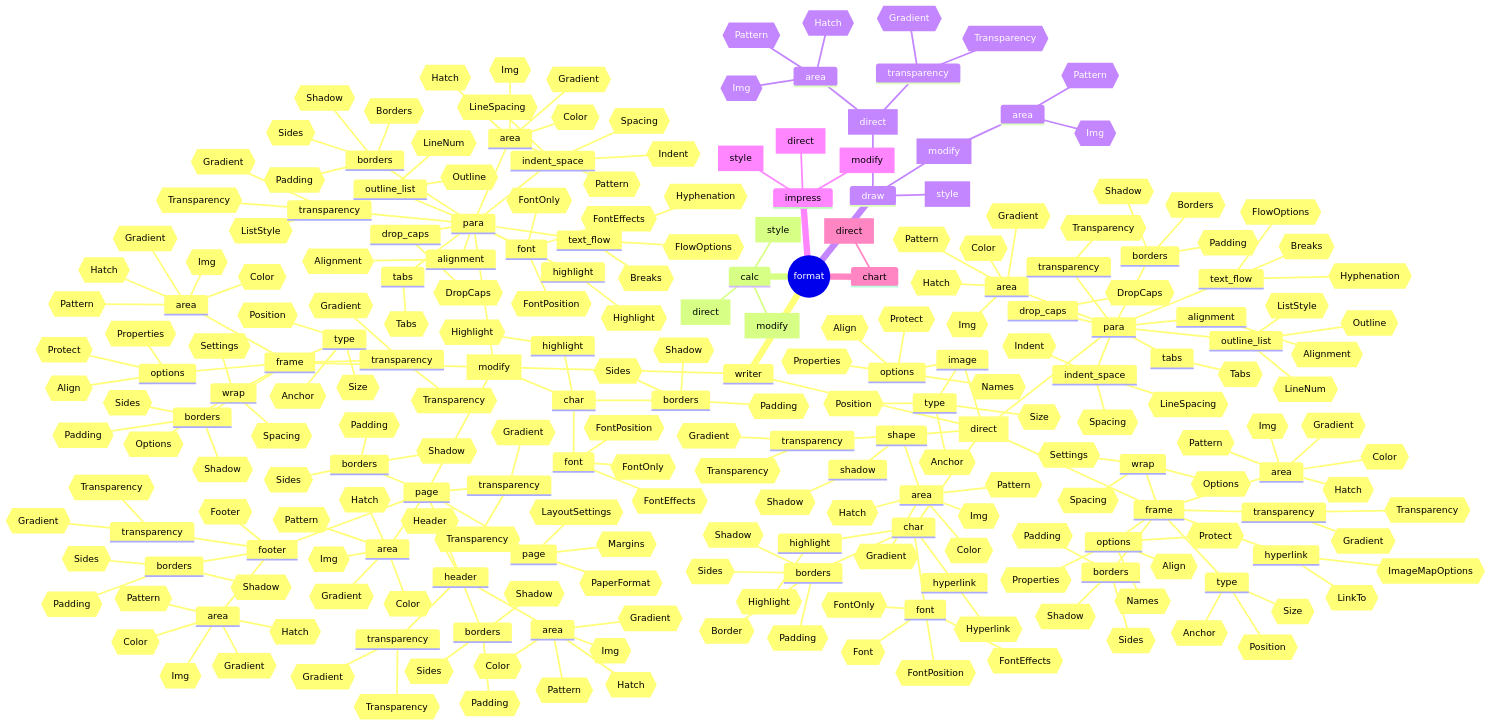
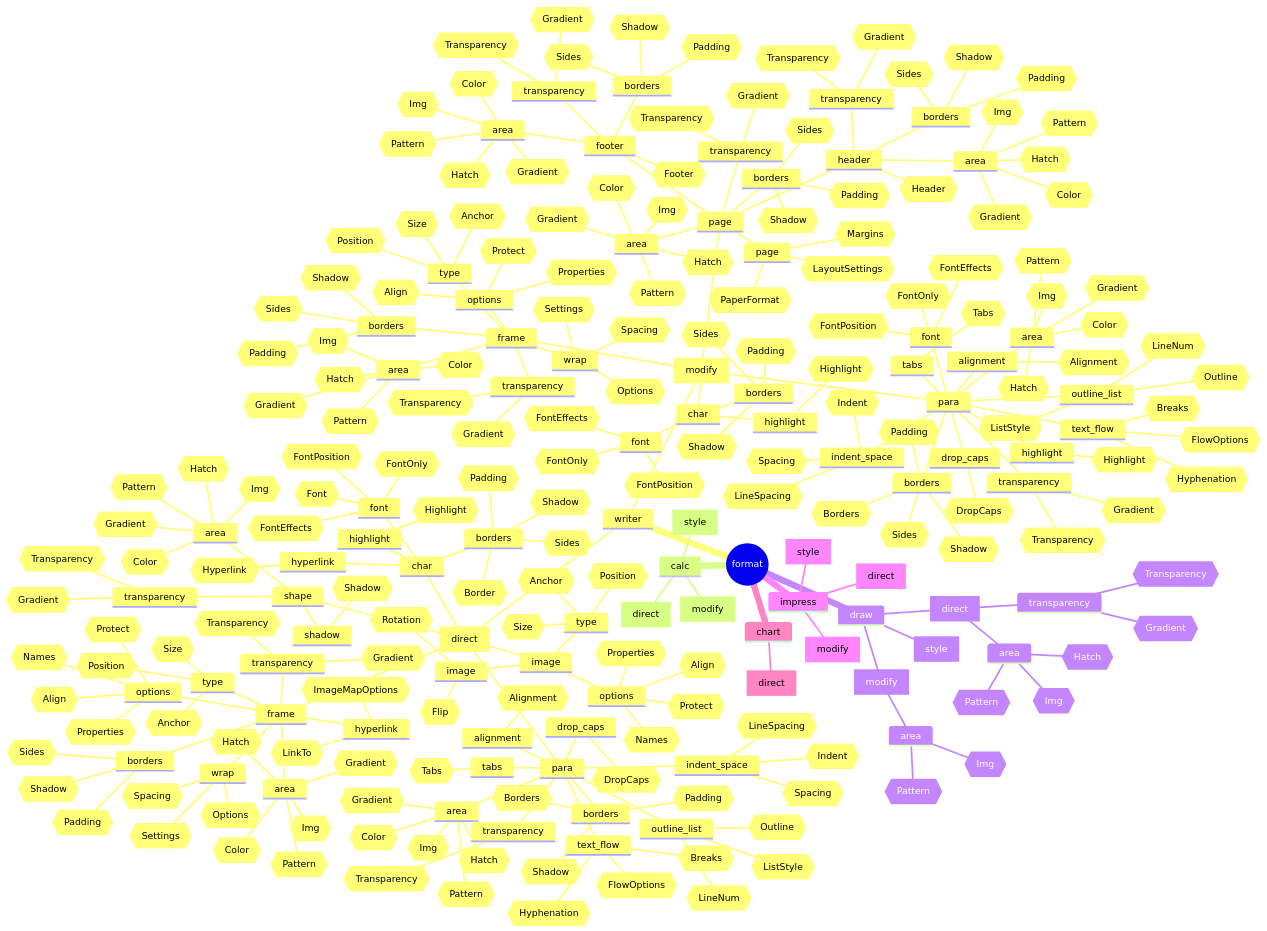
Before and after one commit to Amourspirit/python_ooo_dev_tools: the diagram in ooodev/format/readme.md, drawn with Mermaid. The commit also changed 14 other files, not shown here.

Commit message:
format writer direct image flip and rotate

```diff
--- a/ooodev/format/readme.md
+++ b/ooodev/format/readme.md
@@ -105,6 +105,9 @@
                         id{{Names}}
                         id{{Properties}}
                         id{{Protect}}
+                    image
+                        id{{Flip}}
+                        id{{Rotation}}
             [modify]
                 page
                     page
```
